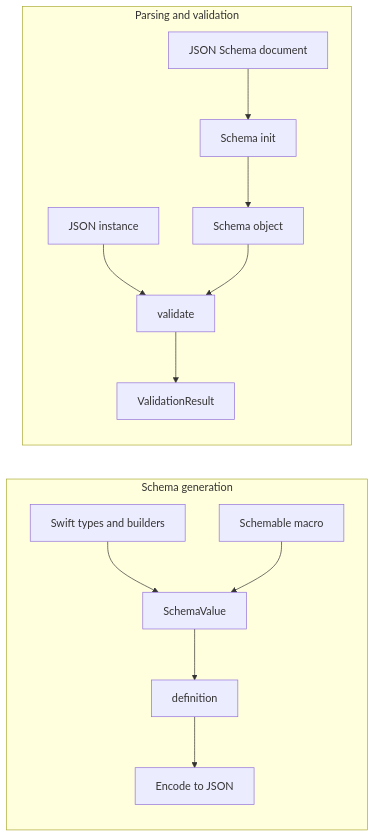
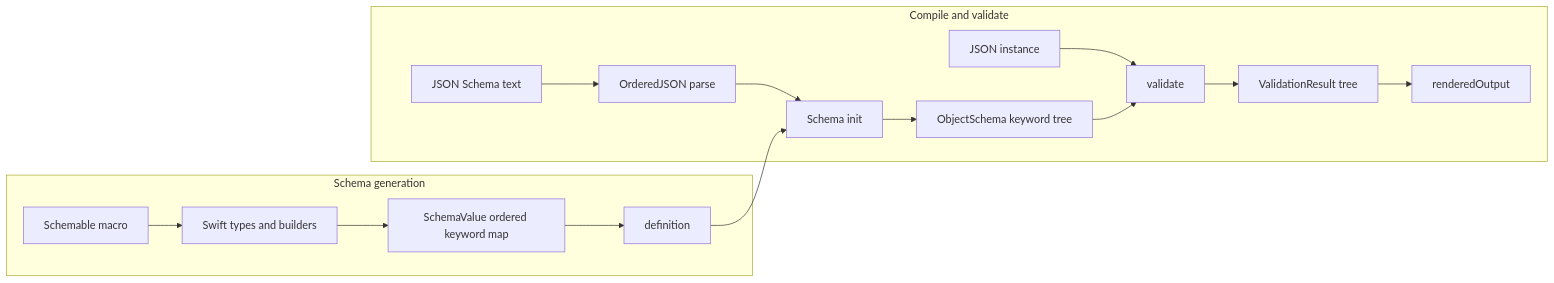
One commit to goddtriffin/json-schema-rs changed the first of 2 diagrams in research/reports/swift/ajevans99-swift-json-schema.md. Above: the diagram before and after it, drawn with Mermaid. The commit also changed other lines of this file and 51 other files, not shown here.

````diff
--- a/research/reports/swift/ajevans99-swift-json-schema.md
+++ b/research/reports/swift/ajevans99-swift-json-schema.md
@@ -94,27 +99,30 @@
 ```mermaid
 flowchart LR
   subgraph gen [Schema generation]
     SwiftCode[Swift types and builders]
     Macro[Schemable macro]
-    SchemaValue[SchemaValue]
+    SchemaValue[SchemaValue ordered keyword map]
     Def[definition]
-    Enc[Encode to JSON]
     SwiftCode --> SchemaValue
-    Macro --> SchemaValue
+    Macro --> SwiftCode
     SchemaValue --> Def
-    Def --> Enc
   end
-  subgraph parseVal [Parsing and validation]
-    JSONDoc[JSON Schema document]
+  subgraph parseVal [Compile and validate]
+    JSONDoc[JSON Schema text]
+    OJ[OrderedJSON parse]
     SchemaCtor[Schema init]
-    SchemaObj[Schema object]
+    Tree[ObjectSchema keyword tree]
     Instance[JSON instance]
     Validate[validate]
-    Result[ValidationResult]
-    JSONDoc --> SchemaCtor
-    SchemaCtor --> SchemaObj
+    Result[ValidationResult tree]
+    Render[renderedOutput]
+    JSONDoc --> OJ
+    OJ --> SchemaCtor
+    Def --> SchemaCtor
+    SchemaCtor --> Tree
     Instance --> Validate
-    SchemaObj --> Validate
+    Tree --> Validate
     Validate --> Result
+    Result --> Render
   end
 ```
````
